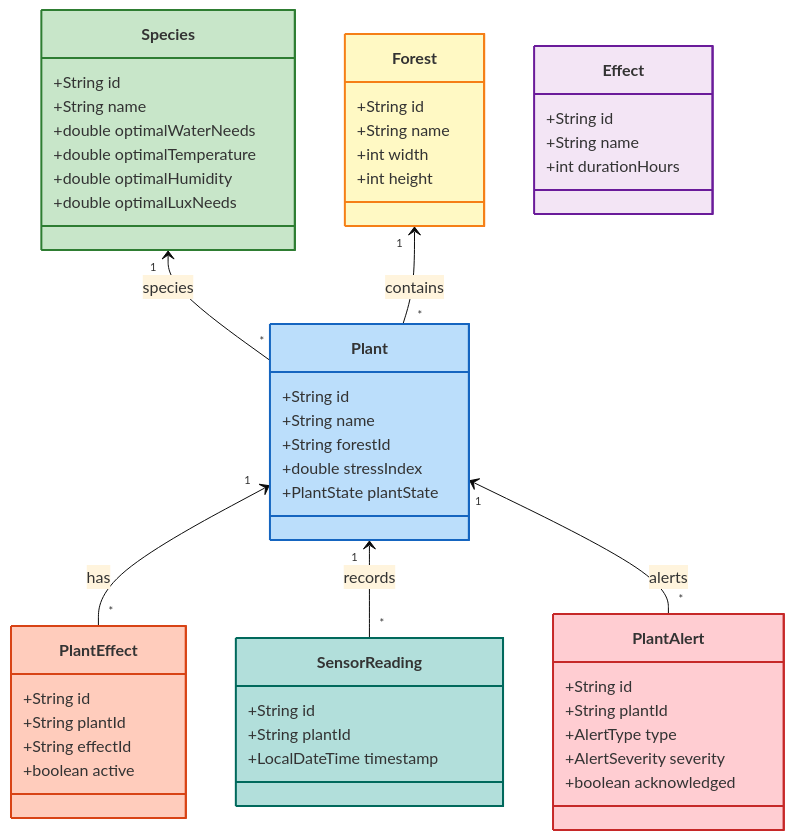
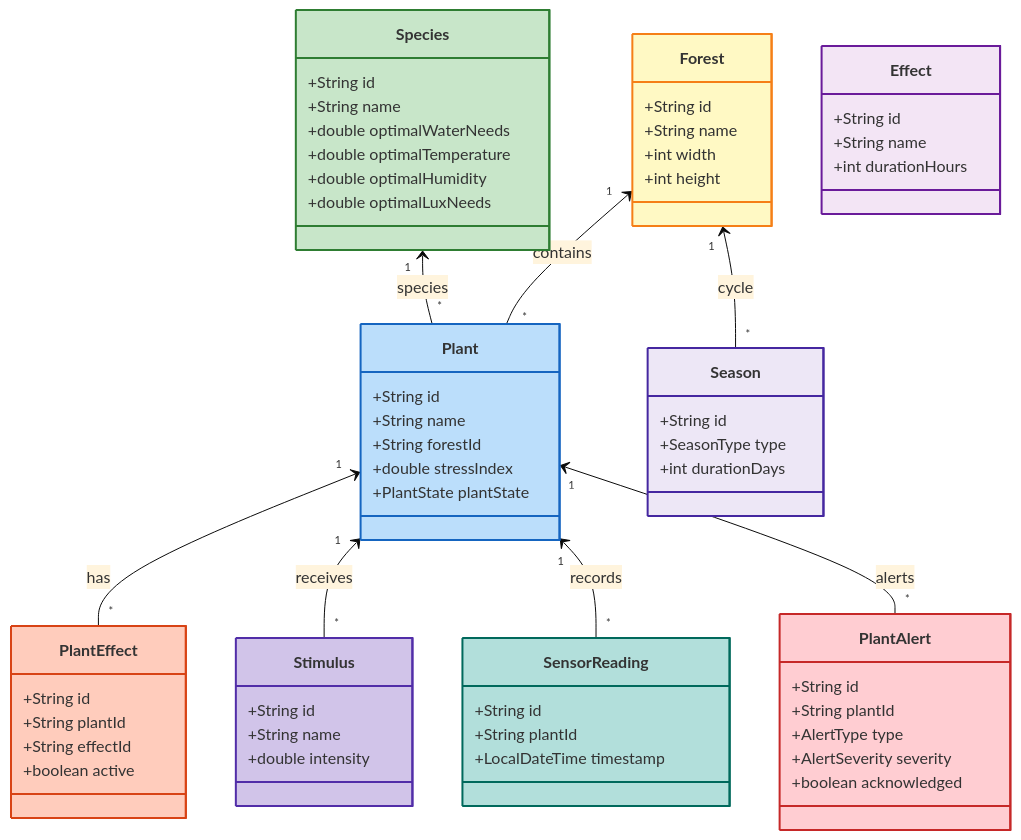
The third of 12 diagrams in docs/index.md (fasai444/GreenDesk), drawn with Mermaid (base theme) before and after one commit. The commit also changed other lines of this file and 1 other file, not shown here.

Commit message:
docs: update features content and stabilize mermaid rendering

```diff
--- a/docs/index.md
+++ b/docs/index.md
@@ -316,10 +375,22 @@
         +int height
     }
 
+    class Season {
+        +String id
+        +SeasonType type
+        +int durationDays
+    }
+
     class Effect {
         +String id
         +String name
         +int durationHours
+    }
+
+    class Stimulus {
+        +String id
+        +String name
+        +double intensity
     }
 
     class PlantEffect {
@@ -345,14 +416,18 @@
 
     Species "1" <-- "*" Plant : species
     Forest "1" <-- "*" Plant : contains
+    Forest "1" <-- "*" Season : cycle
     Plant "1" <-- "*" PlantEffect : has
+    Plant "1" <-- "*" Stimulus : receives
     Plant "1" <-- "*" SensorReading : records
     Plant "1" <-- "*" PlantAlert : alerts
     
     style Species fill:#c8e6c9,stroke:#2e7d32,stroke-width:2px
     style Plant fill:#bbdefb,stroke:#1565c0,stroke-width:2px
     style Forest fill:#fff9c4,stroke:#f57f17,stroke-width:2px
+    style Season fill:#ede7f6,stroke:#4527a0,stroke-width:2px
     style Effect fill:#f3e5f5,stroke:#6a1b9a,stroke-width:2px
+    style Stimulus fill:#d1c4e9,stroke:#512da8,stroke-width:2px
     style PlantEffect fill:#ffccbc,stroke:#d84315,stroke-width:2px
     style SensorReading fill:#b2dfdb,stroke:#00695c,stroke-width:2px
     style PlantAlert fill:#ffcdd2,stroke:#c62828,stroke-width:2px
```
